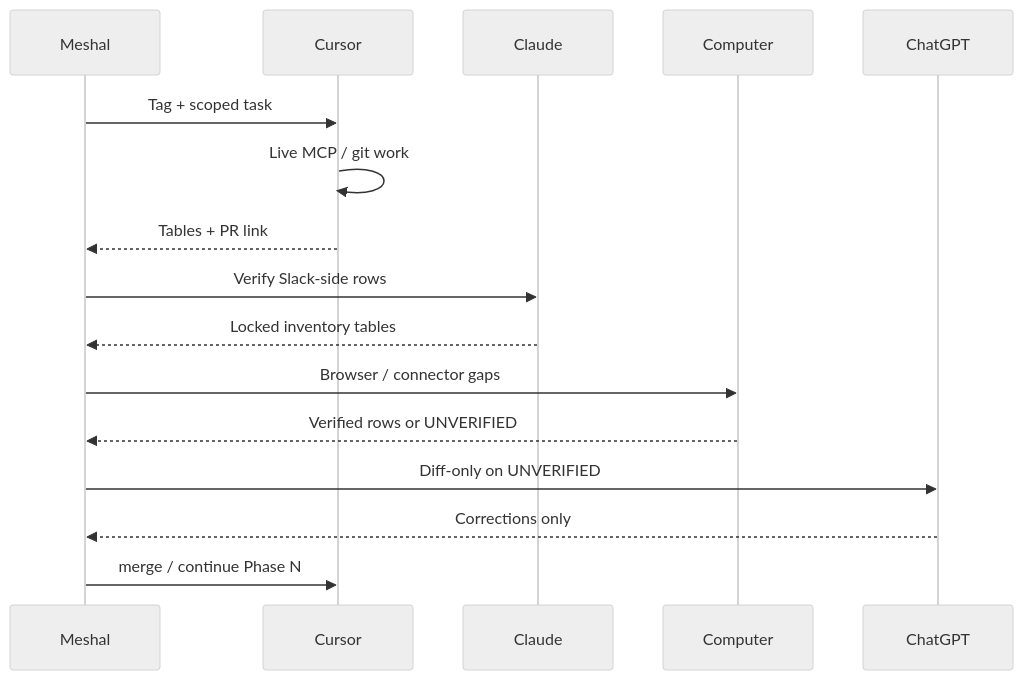
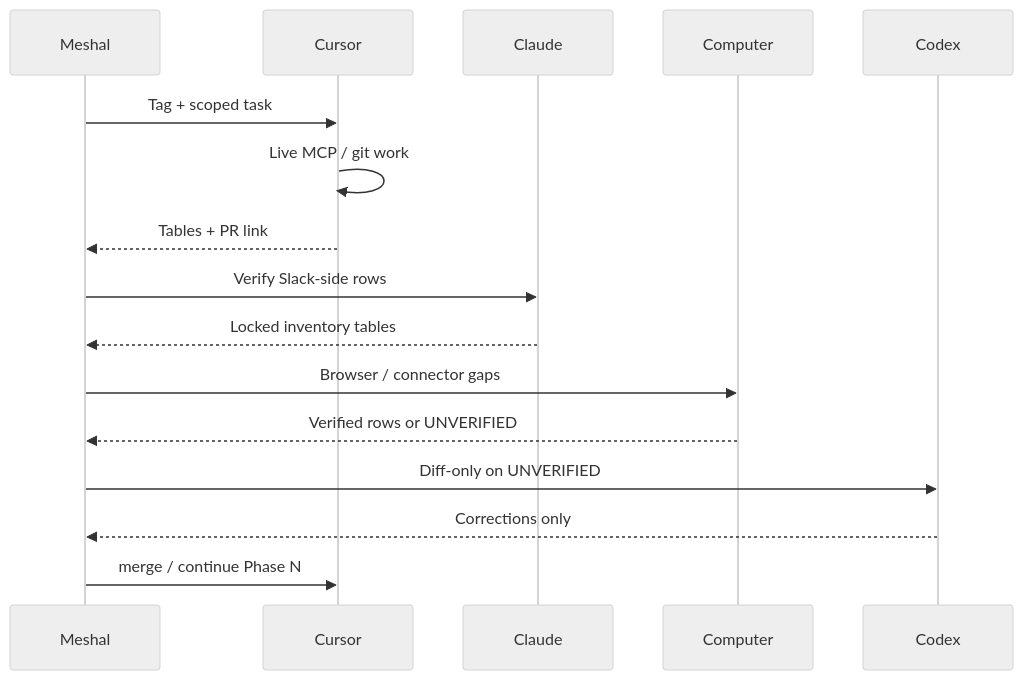
Before and after one commit to alawein/alawein: the second of 2 diagrams in docs/governance/unified-agent-system.md, drawn with Mermaid (neutral theme). The commit also changed other lines of this file and 6 other files, not shown here.

````diff
--- a/docs/governance/unified-agent-system.md
+++ b/docs/governance/unified-agent-system.md
@@ -148,19 +150,19 @@
 ```mermaid
 sequenceDiagram
   participant M as Meshal
   participant C as Cursor
   participant CL as Claude
   participant CP as Computer
-  participant CG as ChatGPT
+  participant CG as Codex
 
   M->>C: Tag + scoped task
   C->>C: Live MCP / git work
   C-->>M: Tables + PR link
   M->>CL: Verify Slack-side rows
   CL-->>M: Locked inventory tables
   M->>CP: Browser / connector gaps
   CP-->>M: Verified rows or UNVERIFIED
   M->>CG: Diff-only on UNVERIFIED
   CG-->>M: Corrections only
   M->>C: merge / continue Phase N
 ```
````
